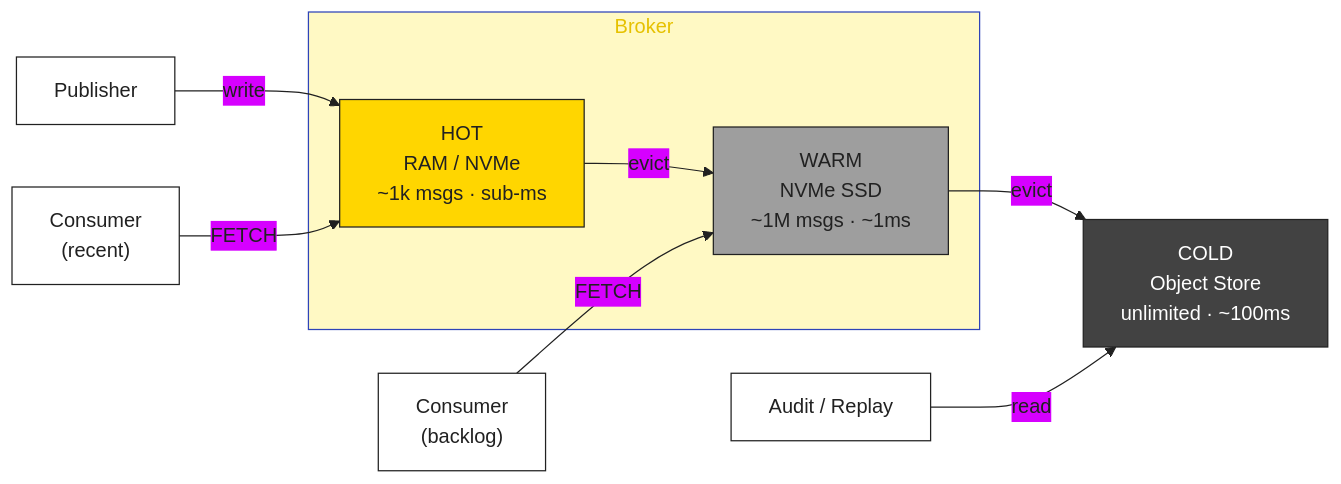
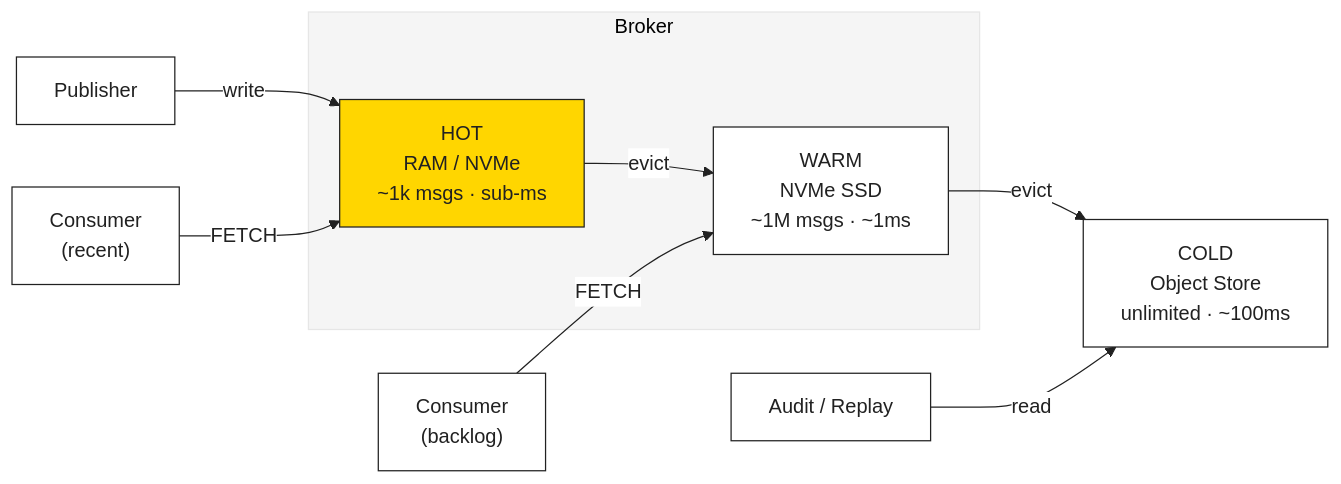
Before and after one commit to bsommers/mqtt-6.0-proposal: the seventh of 8 diagrams in docs/diagrams/cluster-failover.md, drawn with Mermaid. The commit also changed other lines of this file and 2 other files, not shown here.

First line of the commit message:
Clean up diagram colors and fix \n rendering in Mermaid

````diff
--- a/docs/diagrams/cluster-failover.md
+++ b/docs/diagrams/cluster-failover.md
@@ -157,27 +153,20 @@
 ```mermaid
-%%{init:{'theme':'base','themeVariables':{'primaryColor':'#FFD600','primaryTextColor':'#212121','primaryBorderColor':'#212121','lineColor':'#212121','clusterBkg':'#FFF9C4'}}}%%
+%%{init:{'theme':'base','themeVariables':{'primaryColor':'#FFFFFF','primaryTextColor':'#212121','primaryBorderColor':'#212121','lineColor':'#212121','clusterBkg':'#F5F5F5'}}}%%
 graph LR
     subgraph Broker
-        HOT["HOT\nRAM / NVMe\n~1k msgs · sub-ms"]
-        WARM["WARM\nNVMe SSD\n~1M msgs · ~1ms"]
+        HOT["HOT<br/>RAM / NVMe<br/>~1k msgs · sub-ms"]
+        WARM["WARM<br/>NVMe SSD<br/>~1M msgs · ~1ms"]
     end
-    COLD["COLD\nObject Store\nunlimited · ~100ms"]
+    COLD["COLD<br/>Object Store<br/>unlimited · ~100ms"]
 
     PUB["Publisher"] -->|write| HOT
     HOT -->|evict| WARM
     WARM -->|evict| COLD
 
-    CON1["Consumer\n(recent)"] -->|FETCH| HOT
-    CON2["Consumer\n(backlog)"] -->|FETCH| WARM
+    CON1["Consumer<br/>(recent)"] -->|FETCH| HOT
+    CON2["Consumer<br/>(backlog)"] -->|FETCH| WARM
     AUD["Audit / Replay"] -->|read| COLD
 
-    classDef hot fill:#FFD600,stroke:#212121,color:#212121
-    classDef warm fill:#9E9E9E,stroke:#212121,color:#212121
-    classDef cold fill:#424242,stroke:#212121,color:#FFFFFF
-    classDef actor fill:#FFFFFF,stroke:#212121,color:#212121
-
-    class HOT hot
-    class WARM warm
-    class COLD cold
-    class PUB,CON1,CON2,AUD actor
+    classDef highlight fill:#FFD600,stroke:#212121,color:#212121
+    class HOT highlight
 ```
````
